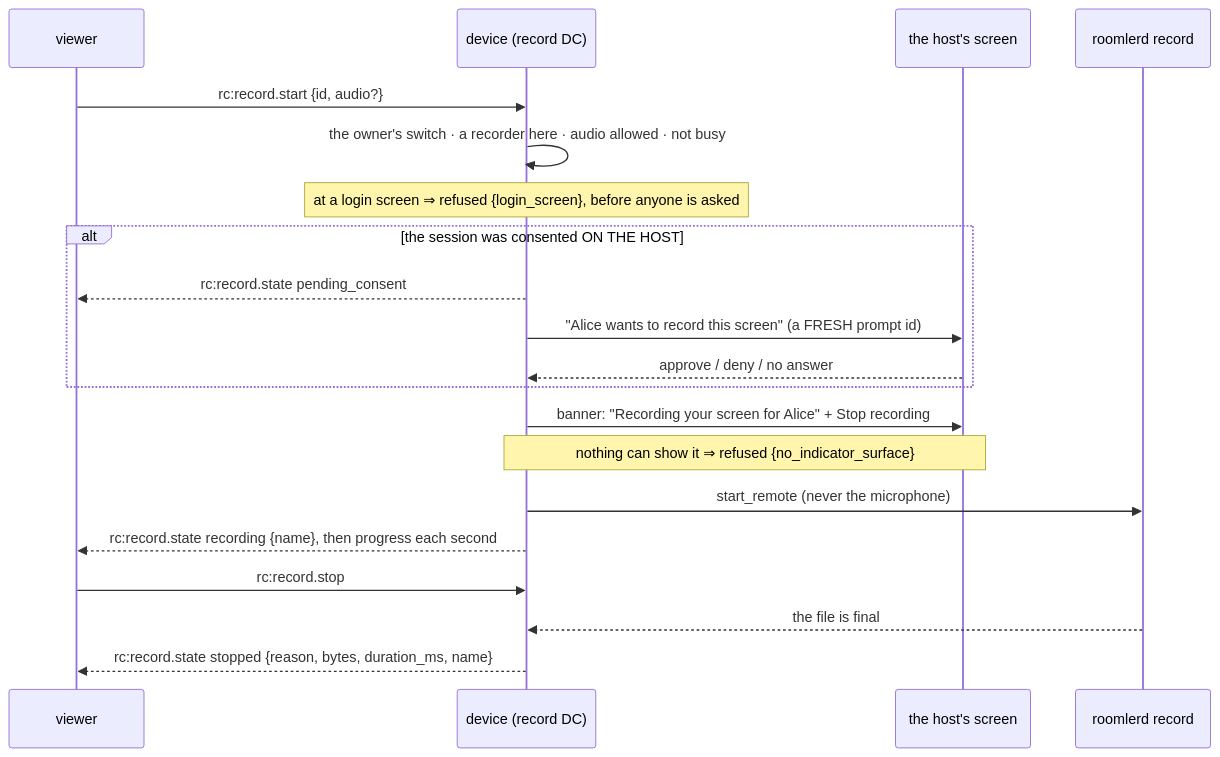
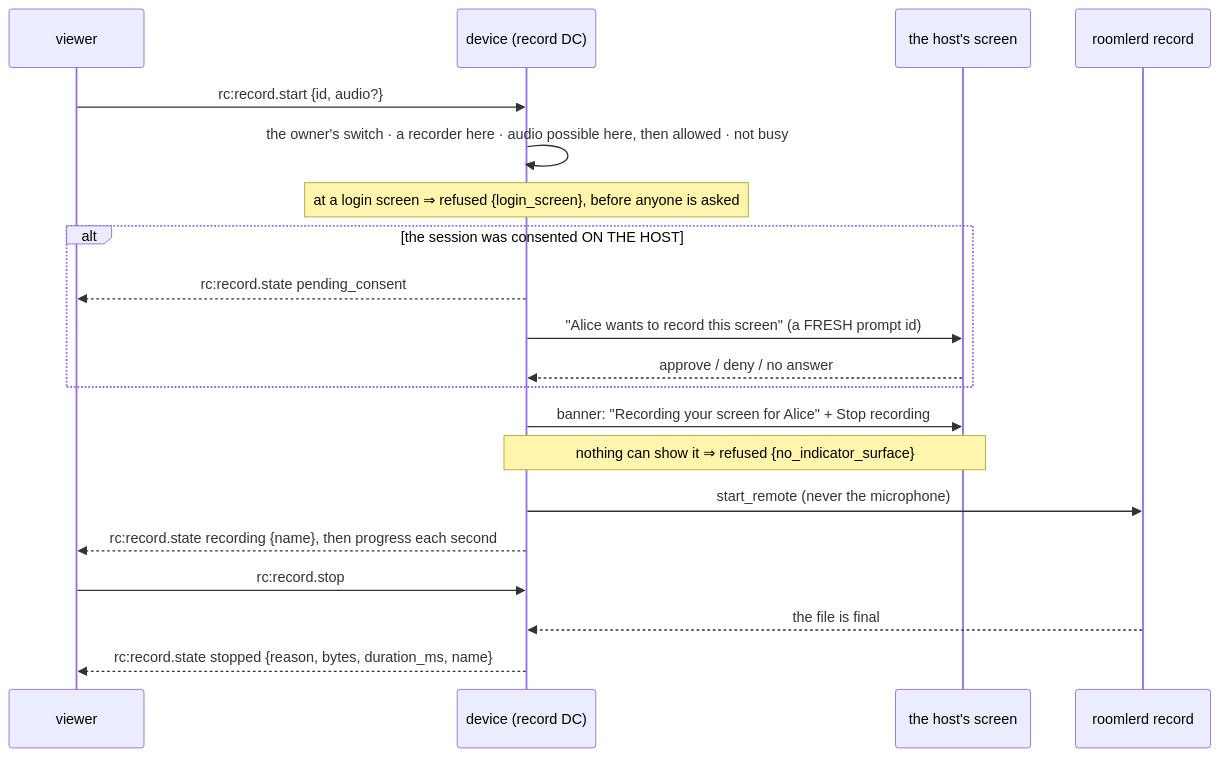
The ninth of 14 diagrams in docs/recording.md (gjovanov/roomler-ai), drawn with Mermaid before and after one commit. The commit also changed other lines of this file and 12 other files, not shown here.

````diff
--- a/docs/recording.md
+++ b/docs/recording.md
@@ -774,23 +795,23 @@
 ```mermaid
 sequenceDiagram
     participant V as viewer
     participant D as device (record DC)
     participant H as the host's screen
     participant R as roomlerd record
 
     V->>D: rc:record.start {id, audio?}
-    D->>D: the owner's switch · a recorder here · audio allowed · not busy
+    D->>D: the owner's switch · a recorder here · audio possible here, then allowed · not busy
     Note over D: at a login screen ⇒ refused {login_screen}, before anyone is asked
     alt the session was consented ON THE HOST
         D-->>V: rc:record.state pending_consent
         D->>H: "Alice wants to record this screen" (a FRESH prompt id)
         H-->>D: approve / deny / no answer
     end
     D->>H: banner: "Recording your screen for Alice" + Stop recording
     Note over D,H: nothing can show it ⇒ refused {no_indicator_surface}
     D->>R: start_remote (never the microphone)
     D-->>V: rc:record.state recording {name}, then progress each second
     V->>D: rc:record.stop
     R-->>D: the file is final
     D-->>V: rc:record.state stopped {reason, bytes, duration_ms, name}
 ```
````
